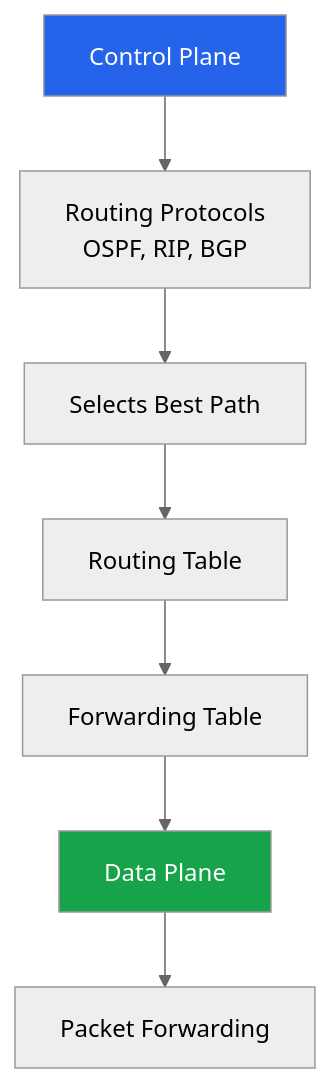
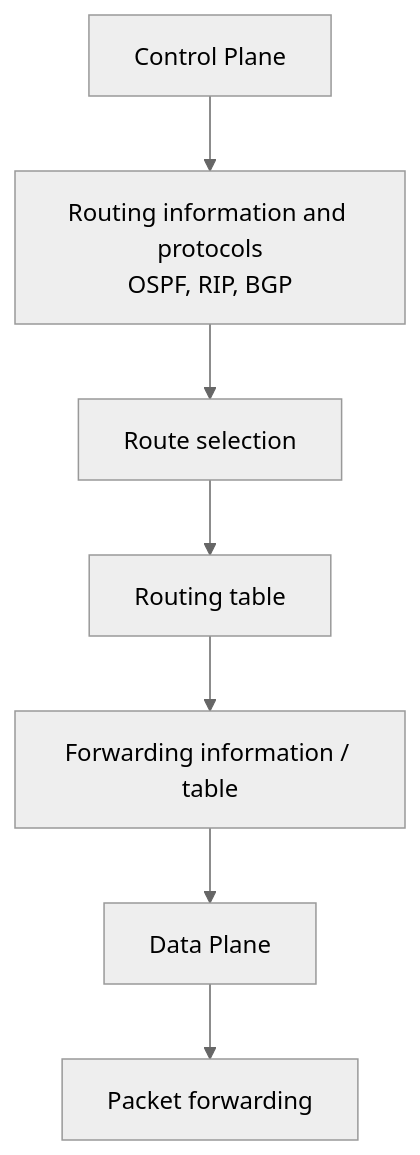
Before and after one commit to aswath0001/Internet-Networking: the fifth of 9 diagrams in 01.md, drawn with Mermaid (neutral theme). The commit also changed other lines of this file, not shown here.

````diff
--- a/01.md
+++ b/01.md
@@ -147,20 +198,12 @@
-```mermaid
+``` mermaid
 flowchart TD
     A["Control Plane"]
-    B["Routing Protocols<br/>OSPF, RIP, BGP"]
-    C["Selects Best Path"]
-    D["Routing Table"]
-    E["Forwarding Table"]
+    B["Routing information and protocols<br/>OSPF, RIP, BGP"]
+    C["Route selection"]
+    D["Routing table"]
+    E["Forwarding information / table"]
     F["Data Plane"]
-    G["Packet Forwarding"]
+    G["Packet forwarding"]
 
-    A --> B
-    B --> C
-    C --> D
-    D --> E
-    E --> F
-    F --> G
-
-    style A fill:#2563eb,color:#fff
-    style F fill:#16a34a,color:#fff
+    A --> B --> C --> D --> E --> F --> G
 ```
````
